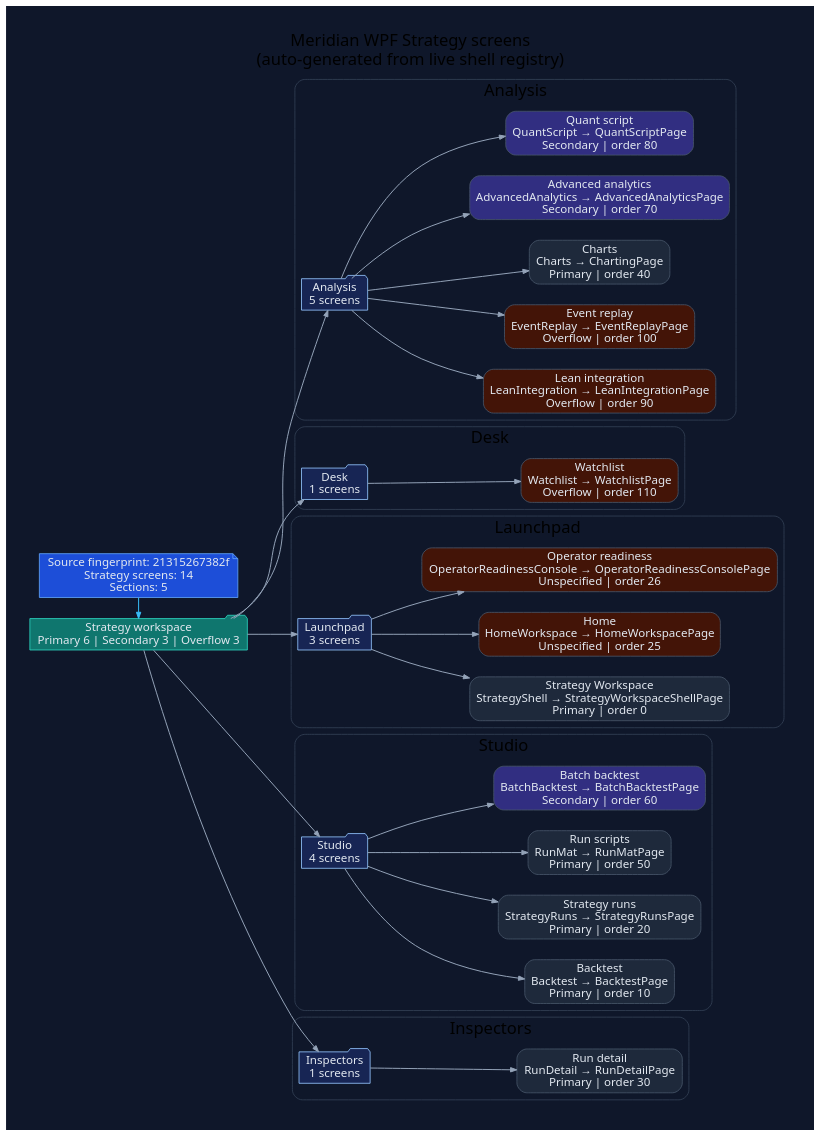
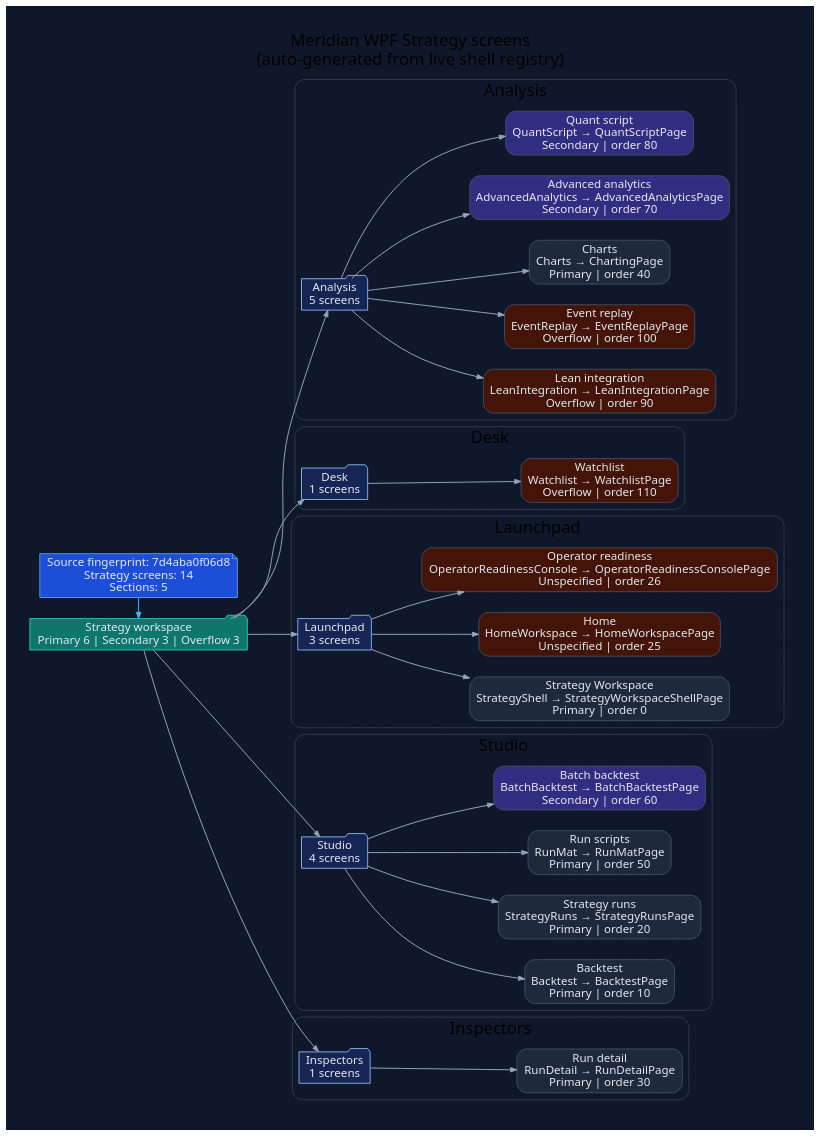
The diagram in docs/diagrams/ui/ui-wpf-screens-strategy.dot (rodoHasArrived/Meridian-main), drawn with Graphviz before and after one commit. The commit also changed 51 other files, not shown here.

```diff
--- a/docs/diagrams/ui/ui-wpf-screens-strategy.dot
+++ b/docs/diagrams/ui/ui-wpf-screens-strategy.dot
@@ -1,94 +1,94 @@
 // -----------------------------------------------------------------------------
 // <auto-generated>
 // Generated by scripts/generate-diagrams.mjs.
 // Do not edit this file directly; update the WPF source files instead.
 // -----------------------------------------------------------------------------
 digraph WpfStrategyScreens {
   graph [
     rankdir=LR,
     labelloc=t,
     label="Meridian WPF Strategy screens\n(auto-generated from live shell registry)",
     fontname="Segoe UI",
     fontsize=20,
     pad=0.4,
     nodesep=0.35,
     ranksep=0.85,
     bgcolor="#0f172a"
   ];
   node [fontname="Segoe UI", shape=box, style="rounded,filled", color="#475569", fontcolor="#e2e8f0", fillcolor="#1e293b"];
   edge [fontname="Segoe UI", color="#94a3b8", penwidth=1.2, arrowsize=0.75];
 
-  generated [shape=note, fillcolor="#1d4ed8", color="#60a5fa", label="Source fingerprint: 21315267382f\nStrategy screens: 14\nSections: 5"];
+  generated [shape=note, fillcolor="#1d4ed8", color="#60a5fa", label="Source fingerprint: 7d4aba0f06d8\nStrategy screens: 14\nSections: 5"];
   workspace [shape=folder, fillcolor="#0f766e", color="#2dd4bf", label="Strategy workspace\nPrimary 6 | Secondary 3 | Overflow 3"];
   generated -> workspace [color="#38bdf8"];
 
   subgraph cluster_section_1 {
     label="Analysis";
     color="#334155";
     style="rounded";
     section_1 [shape=folder, fillcolor="#172554", color="#93c5fd", label="Analysis\n5 screens"];
     workspace -> section_1;
     screen_LeanIntegration [fillcolor="#431407", label="Lean integration\nLeanIntegration → LeanIntegrationPage\nOverflow | order 90"];
     section_1 -> screen_LeanIntegration;
     screen_EventReplay [fillcolor="#431407", label="Event replay\nEventReplay → EventReplayPage\nOverflow | order 100"];
     section_1 -> screen_EventReplay;
     screen_Charts [fillcolor="#1e293b", label="Charts\nCharts → ChartingPage\nPrimary | order 40"];
     section_1 -> screen_Charts;
     screen_AdvancedAnalytics [fillcolor="#312e81", label="Advanced analytics\nAdvancedAnalytics → AdvancedAnalyticsPage\nSecondary | order 70"];
     section_1 -> screen_AdvancedAnalytics;
     screen_QuantScript [fillcolor="#312e81", label="Quant script\nQuantScript → QuantScriptPage\nSecondary | order 80"];
     section_1 -> screen_QuantScript;
   }
 
   subgraph cluster_section_2 {
     label="Desk";
     color="#334155";
     style="rounded";
     section_2 [shape=folder, fillcolor="#172554", color="#93c5fd", label="Desk\n1 screens"];
     workspace -> section_2;
     screen_Watchlist [fillcolor="#431407", label="Watchlist\nWatchlist → WatchlistPage\nOverflow | order 110"];
     section_2 -> screen_Watchlist;
   }
 
   subgraph cluster_section_3 {
     label="Launchpad";
     color="#334155";
     style="rounded";
     section_3 [shape=folder, fillcolor="#172554", color="#93c5fd", label="Launchpad\n3 screens"];
     workspace -> section_3;
     screen_StrategyShell [fillcolor="#1e293b", label="Strategy Workspace\nStrategyShell → StrategyWorkspaceShellPage\nPrimary | order 0"];
     section_3 -> screen_StrategyShell;
     screen_HomeWorkspace [fillcolor="#431407", label="Home\nHomeWorkspace → HomeWorkspacePage\nUnspecified | order 25"];
     section_3 -> screen_HomeWorkspace;
     screen_OperatorReadinessConsole [fillcolor="#431407", label="Operator readiness\nOperatorReadinessConsole → OperatorReadinessConsolePage\nUnspecified | order 26"];
     section_3 -> screen_OperatorReadinessConsole;
   }
 
   subgraph cluster_section_4 {
     label="Studio";
     color="#334155";
     style="rounded";
     section_4 [shape=folder, fillcolor="#172554", color="#93c5fd", label="Studio\n4 screens"];
     workspace -> section_4;
     screen_Backtest [fillcolor="#1e293b", label="Backtest\nBacktest → BacktestPage\nPrimary | order 10"];
     section_4 -> screen_Backtest;
     screen_StrategyRuns [fillcolor="#1e293b", label="Strategy runs\nStrategyRuns → StrategyRunsPage\nPrimary | order 20"];
     section_4 -> screen_StrategyRuns;
     screen_RunMat [fillcolor="#1e293b", label="Run scripts\nRunMat → RunMatPage\nPrimary | order 50"];
     section_4 -> screen_RunMat;
     screen_BatchBacktest [fillcolor="#312e81", label="Batch backtest\nBatchBacktest → BatchBacktestPage\nSecondary | order 60"];
     section_4 -> screen_BatchBacktest;
   }
 
   subgraph cluster_section_5 {
     label="Inspectors";
     color="#334155";
     style="rounded";
     section_5 [shape=folder, fillcolor="#172554", color="#93c5fd", label="Inspectors\n1 screens"];
     workspace -> section_5;
     screen_RunDetail [fillcolor="#1e293b", label="Run detail\nRunDetail → RunDetailPage\nPrimary | order 30"];
     section_5 -> screen_RunDetail;
   }
 
   { rank=min; generated; workspace; }
 }
```
